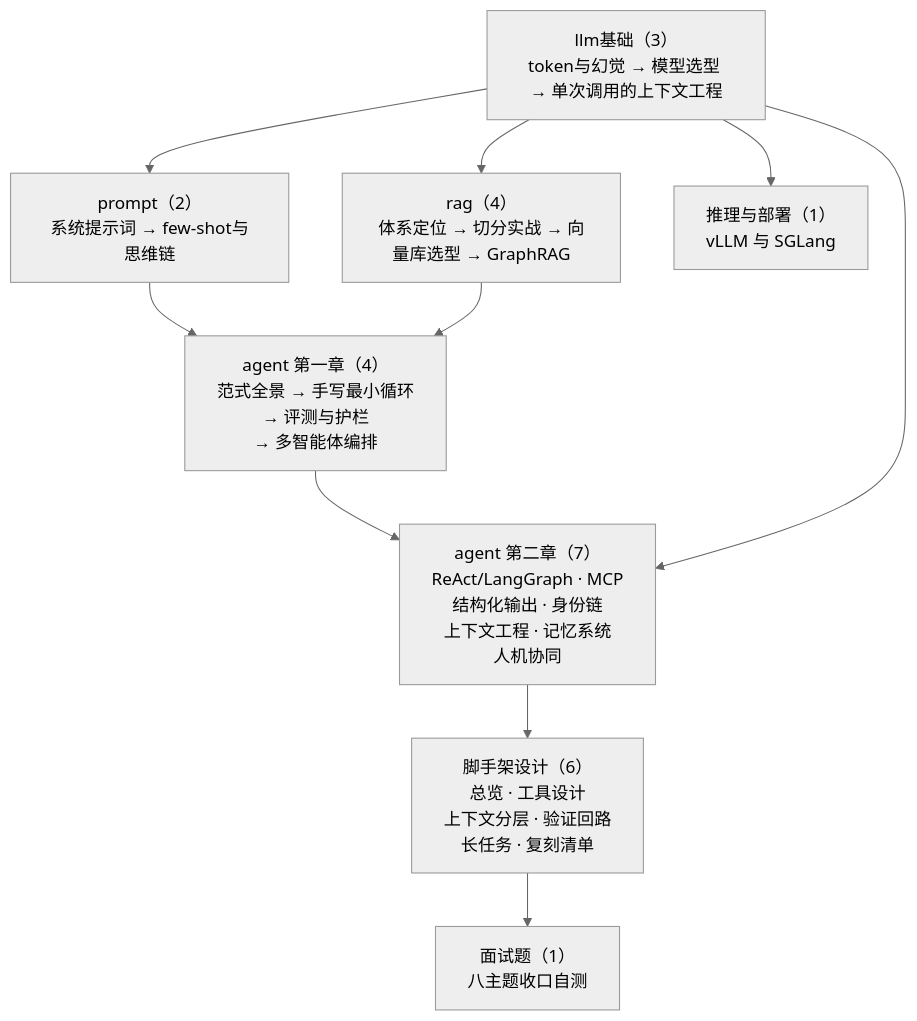
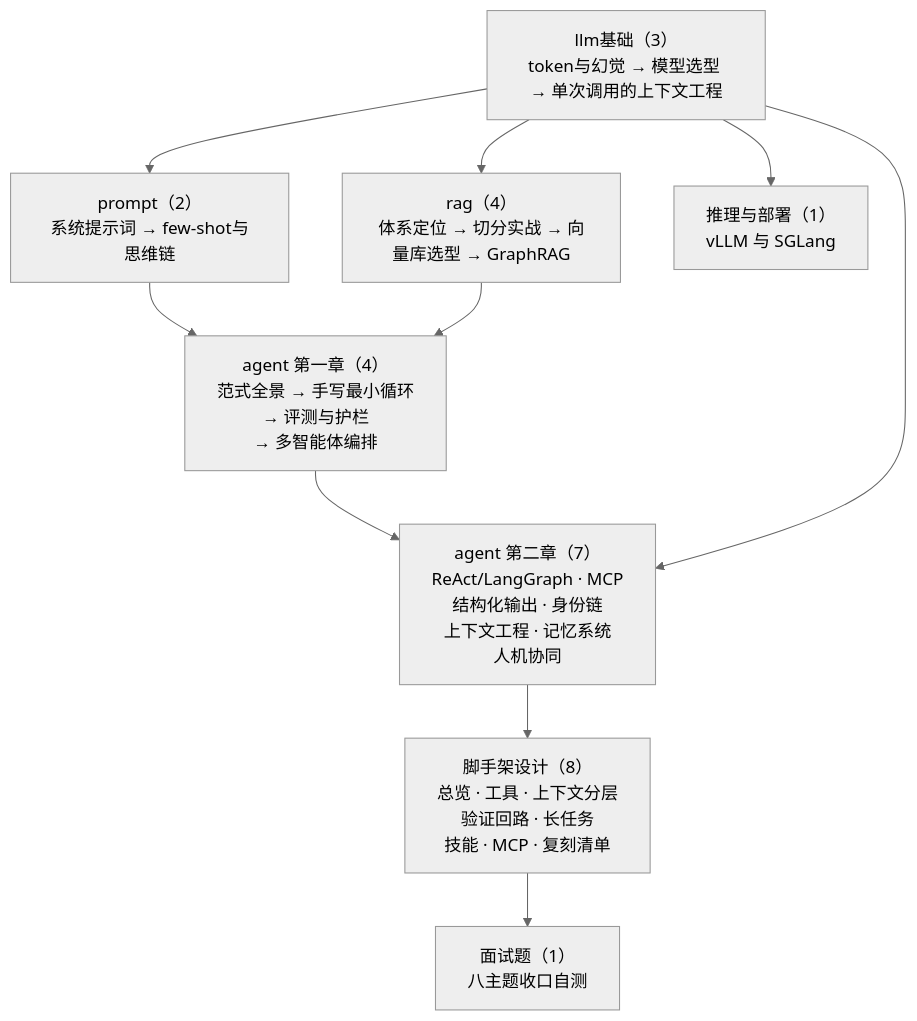
The diagram in B-AI工程/README.md (Mein-Augenstern/MUYI), drawn with Mermaid (neutral theme) before and after one commit. The commit also changed other lines of this file and 8 other files, not shown here.

````diff
--- a/B-AI工程/README.md
+++ b/B-AI工程/README.md
@@ -9,20 +9,20 @@
 ```mermaid
 flowchart TD
     L["llm基础（3）<br/>token与幻觉 → 模型选型 → 单次调用的上下文工程"]
     P["prompt（2）<br/>系统提示词 → few-shot与思维链"]
     R["rag（4）<br/>体系定位 → 切分实战 → 向量库选型 → GraphRAG"]
     A1["agent 第一章（4）<br/>范式全景 → 手写最小循环<br/>→ 评测与护栏<br/>→ 多智能体编排"]
     A2["agent 第二章（7）<br/>ReAct/LangGraph · MCP<br/>结构化输出 · 身份链<br/>上下文工程 · 记忆系统<br/>人机协同"]
-    H["脚手架设计（6）<br/>总览 · 工具设计<br/>上下文分层 · 验证回路<br/>长任务 · 复刻清单"]
+    H["脚手架设计（8）<br/>总览 · 工具 · 上下文分层<br/>验证回路 · 长任务<br/>技能 · MCP · 复刻清单"]
     INF["推理与部署（1）<br/>vLLM 与 SGLang"]
     IT["面试题（1）<br/>八主题收口自测"]
     L --> P
     L --> R
     P --> A1
     R --> A1
     A1 --> A2
     L --> A2
     A2 --> H
     H --> IT
     L --> INF
 ```
````
